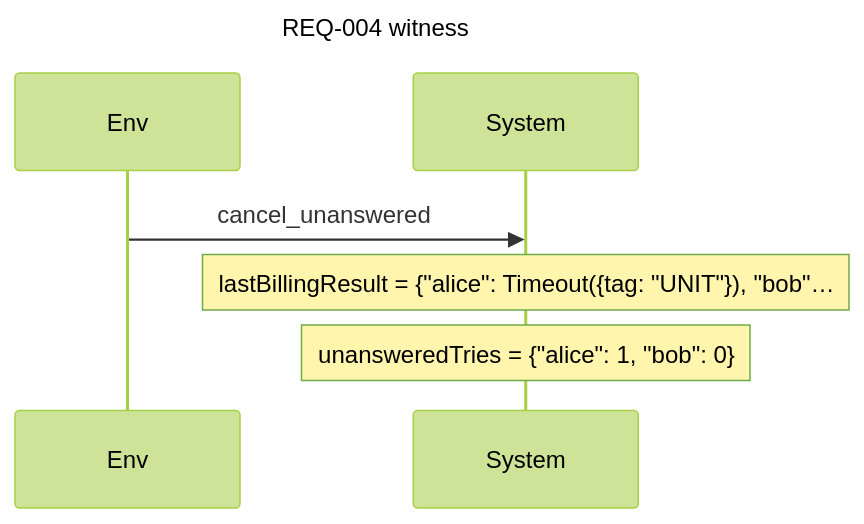
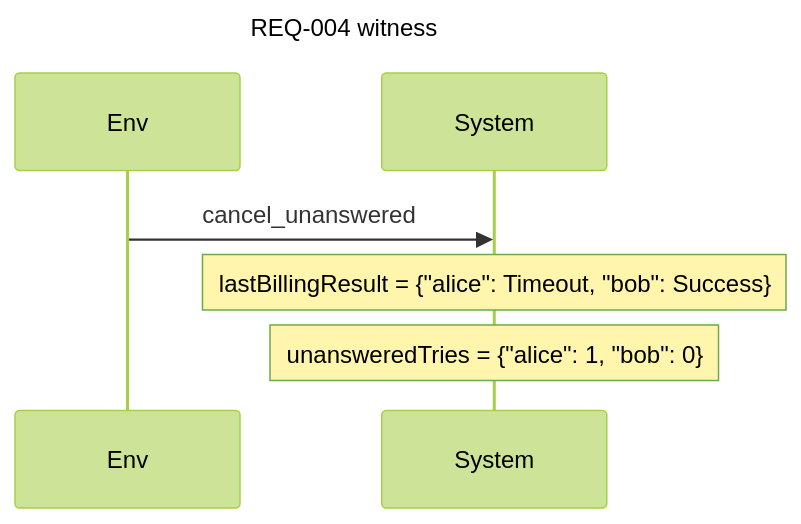
Before and after one commit to AlesKracik/quintessence: the second of 8 diagrams in examples/specs/subscription.readback.md, drawn with Mermaid (forest theme). The commit also changed other lines of this file and 53 other files, not shown here.

````diff
--- a/examples/specs/subscription.readback.md
+++ b/examples/specs/subscription.readback.md
@@ -210,9 +210,9 @@
 ```mermaid
 sequenceDiagram
     title REQ-004 witness
     participant E as Env
     participant S as System
     E->>S: cancel_unanswered
-    Note over S: lastBillingResult = {"alice": Timeout({tag: "UNIT"}), "bob"…
+    Note over S: lastBillingResult = {"alice": Timeout, "bob": Success}
     Note over S: unansweredTries = {"alice": 1, "bob": 0}
 ```
````
